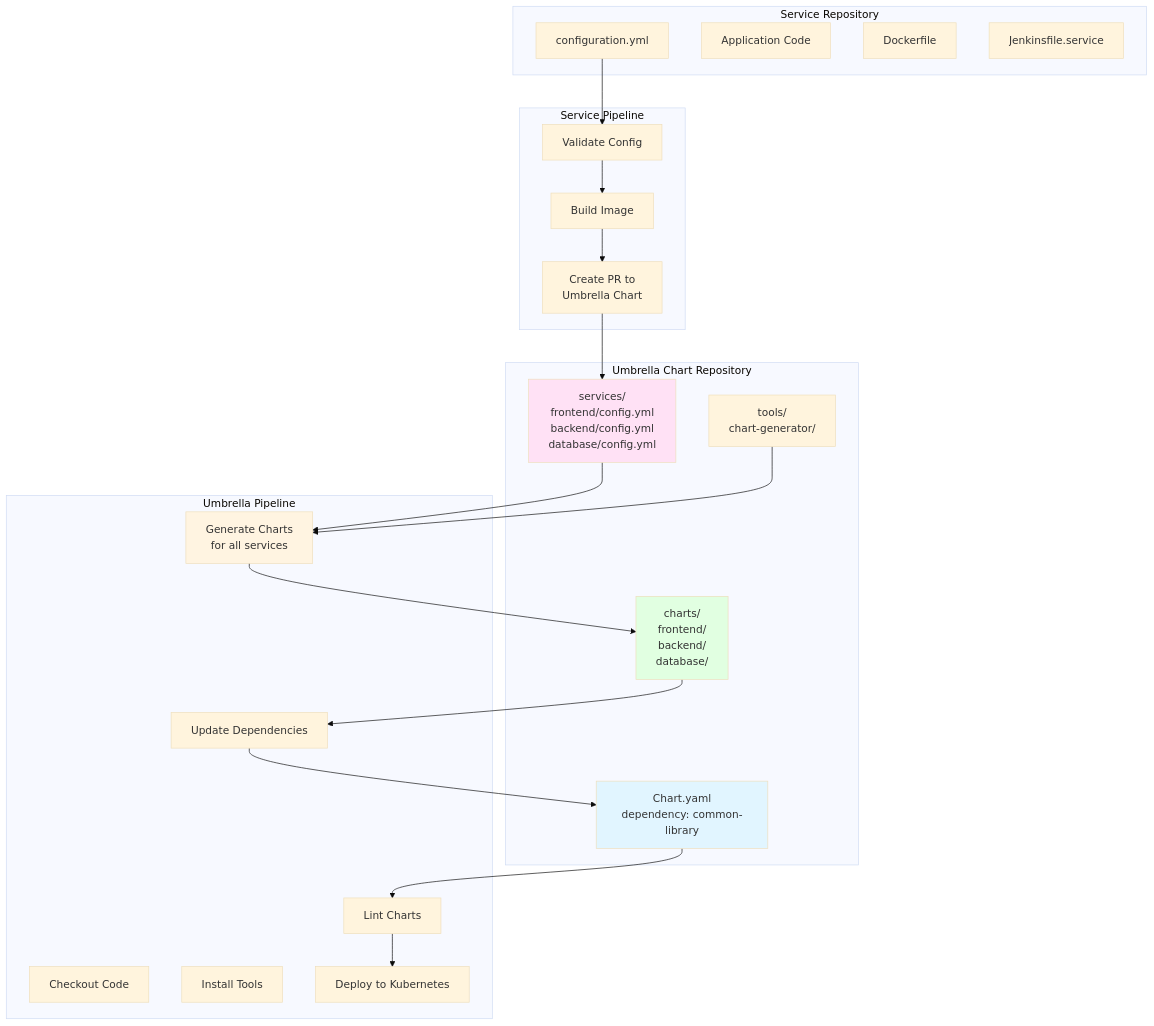
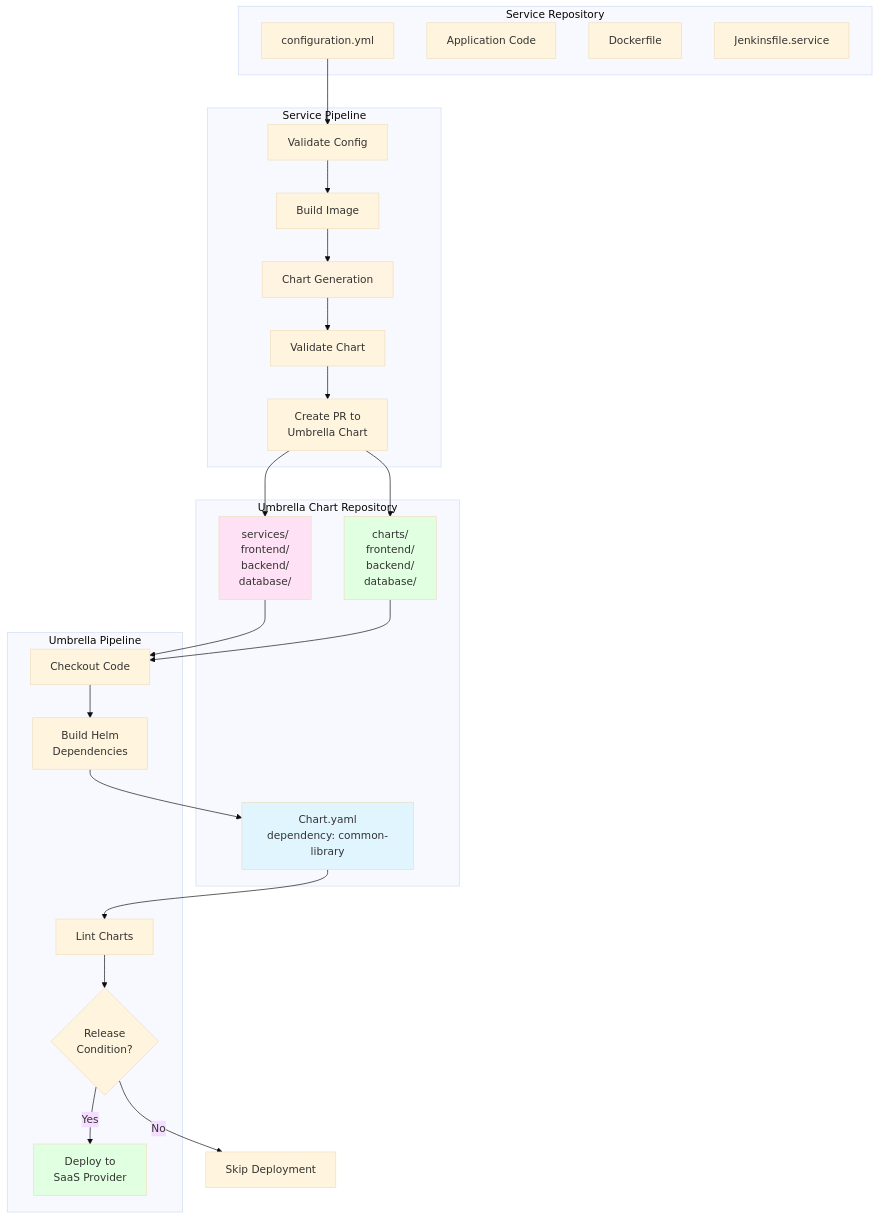
The ninth of 11 diagrams in ADR.md (caretak3r/helm-factory), drawn with Mermaid (base theme) before and after one commit. The commit also changed other lines of this file, not shown here.

````diff
--- a/ADR.md
+++ b/ADR.md
@@ -866,49 +874,54 @@
 ```mermaid
 graph TB
     subgraph "Service Repository"
         CFG[configuration.yml]
         CODE[Application Code]
         DOCKERFILE[Dockerfile]
         JENKINSFILE[Jenkinsfile.service]
     end
     
     subgraph "Service Pipeline"
         VALIDATE[Validate Config]
         BUILD[Build Image]
+        GEN_CHART[Chart Generation]
+        VALIDATE_CHART[Validate Chart]
         CREATE_PR[Create PR to<br/>Umbrella Chart]
     end
     
     subgraph "Umbrella Chart Repository"
-        SERVICES[services/<br/>frontend/config.yml<br/>backend/config.yml<br/>database/config.yml]
+        SERVICES[services/<br/>frontend/<br/>backend/<br/>database/]
         CHARTS[charts/<br/>frontend/<br/>backend/<br/>database/]
         UMBRELLA_CHART[Chart.yaml<br/>dependency: common-library]
-        TOOLS[tools/<br/>chart-generator/]
     end
     
     subgraph "Umbrella Pipeline"
         CHECKOUT[Checkout Code]
-        INSTALL_TOOLS[Install Tools]
-        GENERATE[Generate Charts<br/>for all services]
-        UPDATE_DEPS[Update Dependencies]
+        BUILD_DEPS[Build Helm<br/>Dependencies]
         LINT[Lint Charts]
-        DEPLOY[Deploy to Kubernetes]
+        CONDITION{Release<br/>Condition?}
+        DEPLOY[Deploy to<br/>SaaS Provider]
     end
     
     CFG --> VALIDATE
     VALIDATE --> BUILD
-    BUILD --> CREATE_PR
+    BUILD --> GEN_CHART
+    GEN_CHART --> VALIDATE_CHART
+    VALIDATE_CHART --> CREATE_PR
     CREATE_PR --> SERVICES
+    CREATE_PR --> CHARTS
     
-    SERVICES --> GENERATE
-    TOOLS --> GENERATE
-    GENERATE --> CHARTS
-    CHARTS --> UPDATE_DEPS
-    UPDATE_DEPS --> UMBRELLA_CHART
+    SERVICES --> CHECKOUT
+    CHARTS --> CHECKOUT
+    CHECKOUT --> BUILD_DEPS
+    BUILD_DEPS --> UMBRELLA_CHART
     UMBRELLA_CHART --> LINT
-    LINT --> DEPLOY
+    LINT --> CONDITION
+    CONDITION -->|Yes| DEPLOY
+    CONDITION -->|No| SKIP[Skip Deployment]
     
     style SERVICES fill:#ffe1f5
     style CHARTS fill:#e1ffe1
-    style GENERATE fill:#fff4e1
+    style GEN_CHART fill:#fff4e1
     style UMBRELLA_CHART fill:#e1f5ff
+    style DEPLOY fill:#e1ffe1
 ```
````
